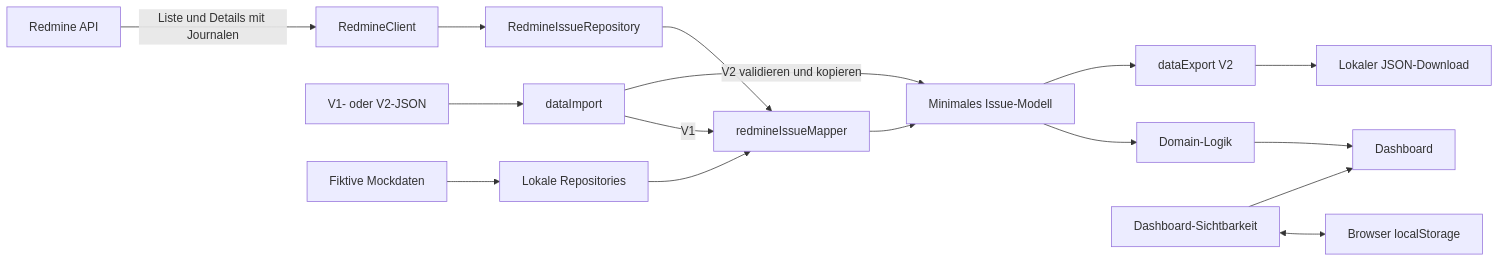
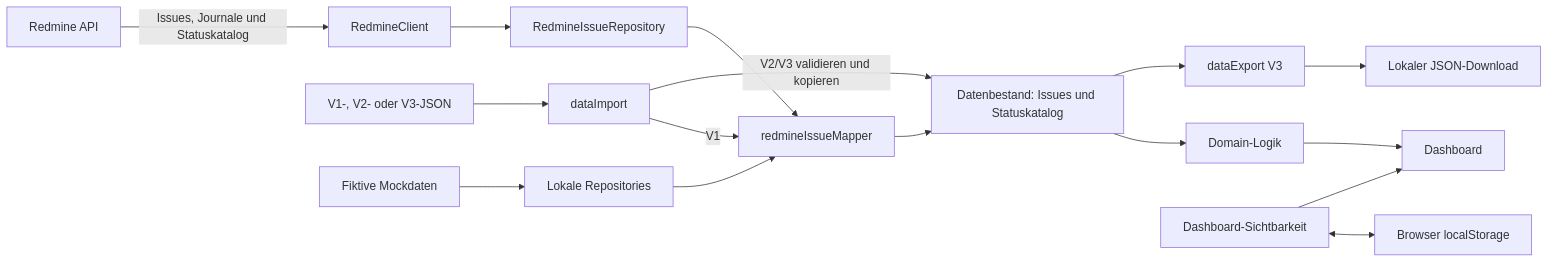
Before and after one commit to SpechtJohannes/datenkrake: the diagram in README.md, drawn with Mermaid. The commit also changed other lines of this file and 14 other files, not shown here.

````diff
--- a/README.md
+++ b/README.md
@@ -92,18 +93,18 @@
 ```mermaid
 flowchart LR
-  R[Redmine API] -->|Liste und Details mit Journalen| C[RedmineClient]
+  R[Redmine API] -->|Issues, Journale und Statuskatalog| C[RedmineClient]
   C --> RR[RedmineIssueRepository]
   RR --> M[redmineIssueMapper]
-  F[V1- oder V2-JSON] --> I[dataImport]
+  F[V1-, V2- oder V3-JSON] --> I[dataImport]
   I -->|V1| M
-  I -->|V2 validieren und kopieren| D[Minimales Issue-Modell]
+  I -->|V2/V3 validieren und kopieren| D[Datenbestand: Issues und Statuskatalog]
   M --> D
   L[Fiktive Mockdaten] --> LR[Lokale Repositories]
   LR --> M
   D --> X[Domain-Logik]
   X --> UI[Dashboard]
-  D --> E[dataExport V2]
+  D --> E[dataExport V3]
   E --> O[Lokaler JSON-Download]
   V[Dashboard-Sichtbarkeit] <--> LS[Browser localStorage]
   V --> UI
 ```
````
